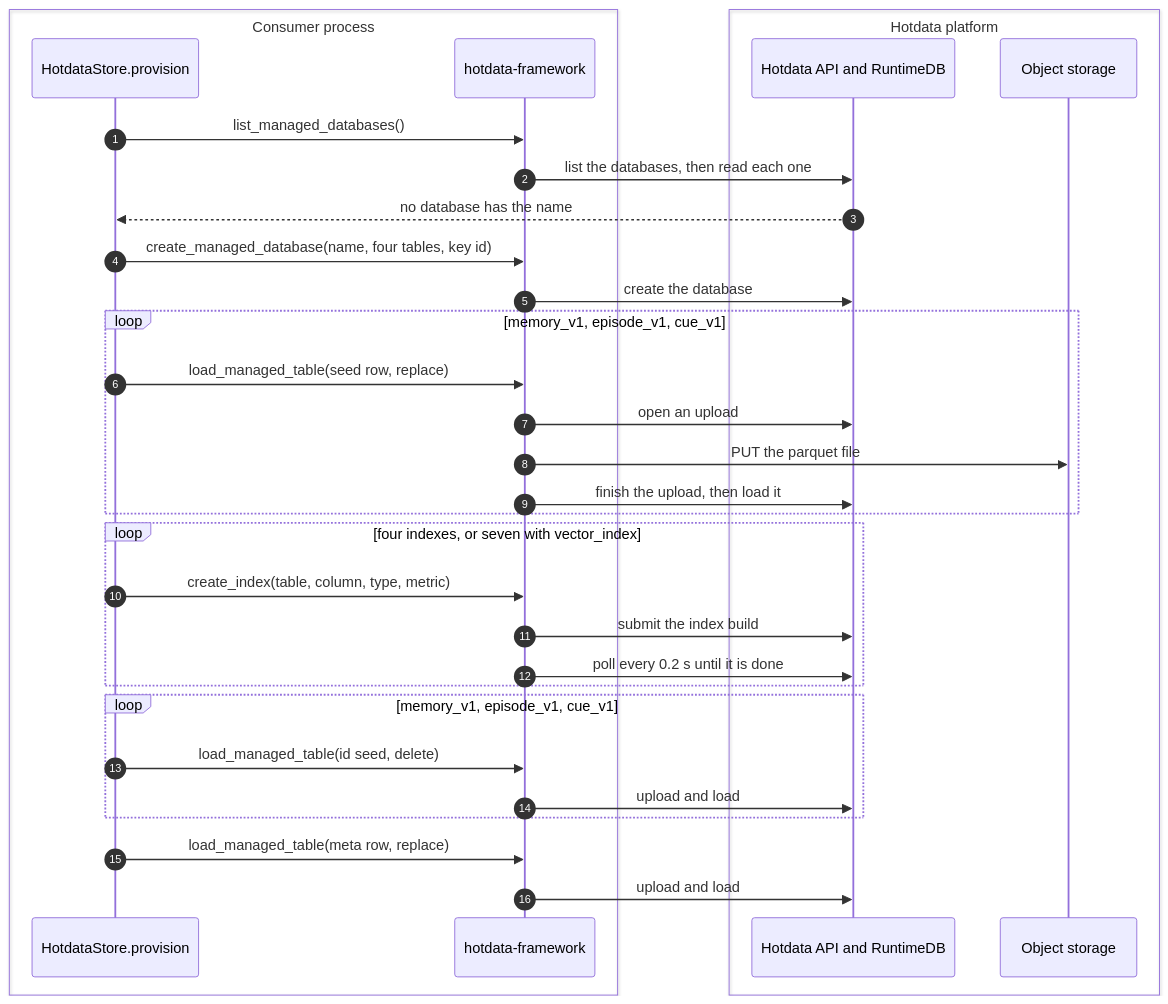
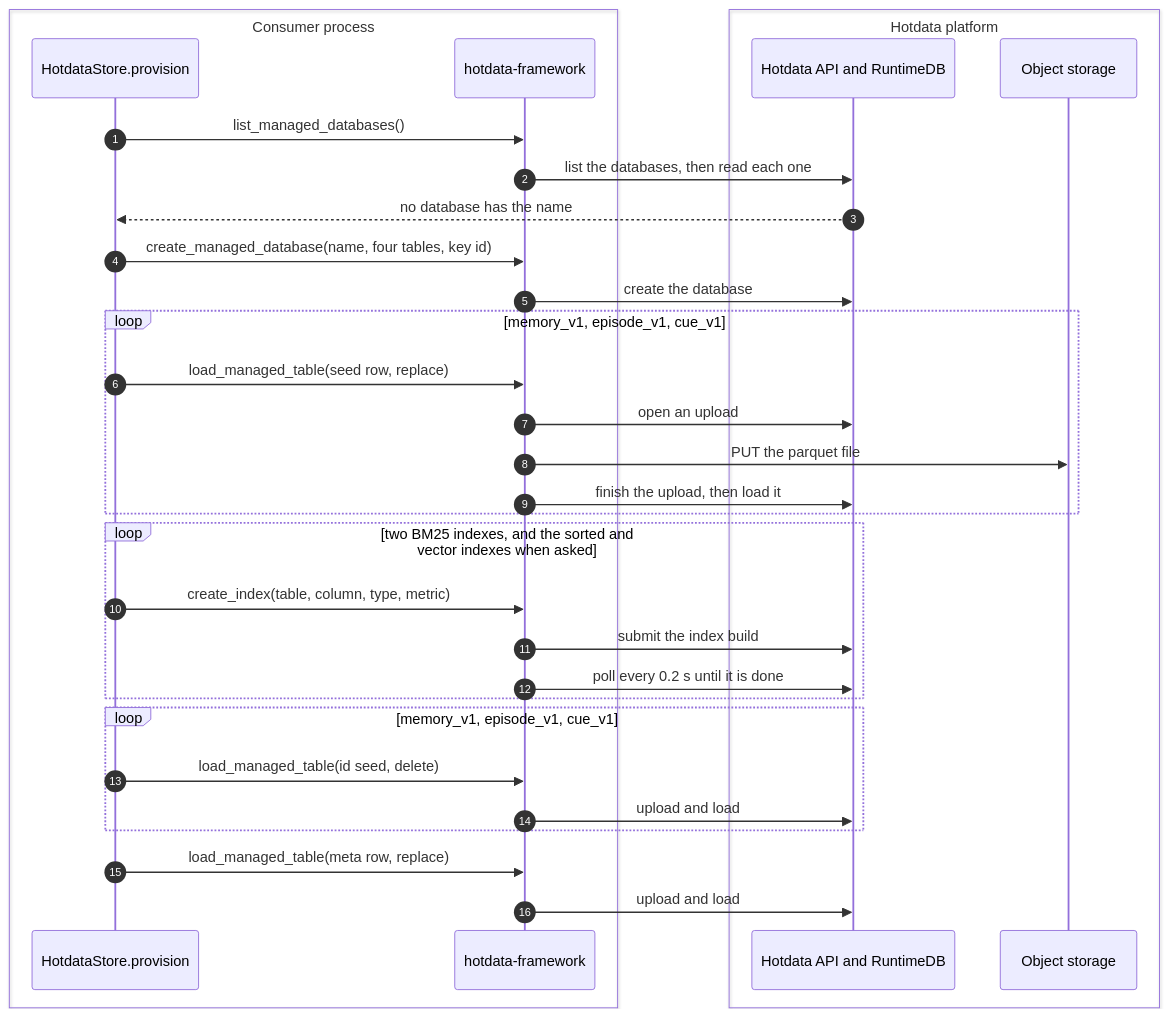
Before and after one commit to hotdata-dev/hotmemory: the fourth of 12 diagrams in docs/internal/architecture.md, drawn with Mermaid. The commit also changed other lines of this file and 6 other files, not shown here.

First line of the commit message:
Phase 11: the sorted index on created_at becomes an option, off by default

````diff
--- a/docs/internal/architecture.md
+++ b/docs/internal/architecture.md
@@ -180,34 +180,34 @@
 ```mermaid
 sequenceDiagram
     autonumber
     box Consumer process
         participant P as HotdataStore.provision
         participant F as hotdata-framework
     end
     box Hotdata platform
         participant API as Hotdata API and RuntimeDB
         participant S as Object storage
     end
     P->>F: list_managed_databases()
     F->>API: list the databases, then read each one
     API-->>P: no database has the name
     P->>F: create_managed_database(name, four tables, key id)
     F->>API: create the database
     loop memory_v1, episode_v1, cue_v1
         P->>F: load_managed_table(seed row, replace)
         F->>API: open an upload
         F->>S: PUT the parquet file
         F->>API: finish the upload, then load it
     end
-    loop four indexes, or seven with vector_index
+    loop two BM25 indexes, and the sorted and vector indexes when asked
         P->>F: create_index(table, column, type, metric)
         F->>API: submit the index build
         F->>API: poll every 0.2 s until it is done
     end
     loop memory_v1, episode_v1, cue_v1
         P->>F: load_managed_table(id seed, delete)
         F->>API: upload and load
     end
     P->>F: load_managed_table(meta row, replace)
     F->>API: upload and load
 ```
````
